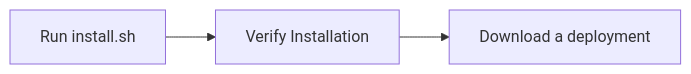
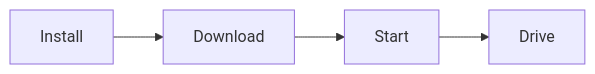
The diagram in docs/getting-started/index.md (autowarefoundation/openadkit), drawn with Mermaid before and after one commit. The commit also changed other lines of this file and 35 other files, not shown here.

````diff
--- a/docs/getting-started/index.md
+++ b/docs/getting-started/index.md
@@ -5,4 +5,4 @@
 ```mermaid
 flowchart LR
-    A[Run install.sh] --> B[Verify Installation] --> C[Download a deployment]
+    A[Install] --> B[Download] --> C[Start] --> D[Drive]
 ```
````
